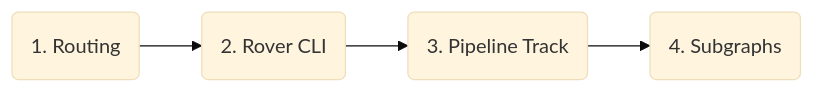
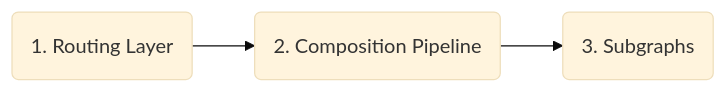
One commit to apollographql/docs changed the second of 2 diagrams in src/content/graphos/graphs/updating.mdx. Above: the diagram before and after it, drawn with Mermaid (base theme). The commit also changed other lines of this file and 1 other file, not shown here.

Commit message:
Structural revamp to graph updates article, content still in progress

````diff
--- a/src/content/graphos/graphs/updating.mdx
+++ b/src/content/graphos/graphs/updating.mdx
@@ -10,7 +36,6 @@
 ```mermaid
 graph LR;
-  router(1. Routing)
-  router --> rover(2. Rover CLI);
-  rover --> pipeline(3. Pipeline Track);
-  pipeline --> subgrahs(4. Subgraphs);
+  router(1. Routing Layer)
+  router --> pipeline(2. Composition Pipeline);
+  pipeline --> subgrahs(3. Subgraphs);
 ```
````
